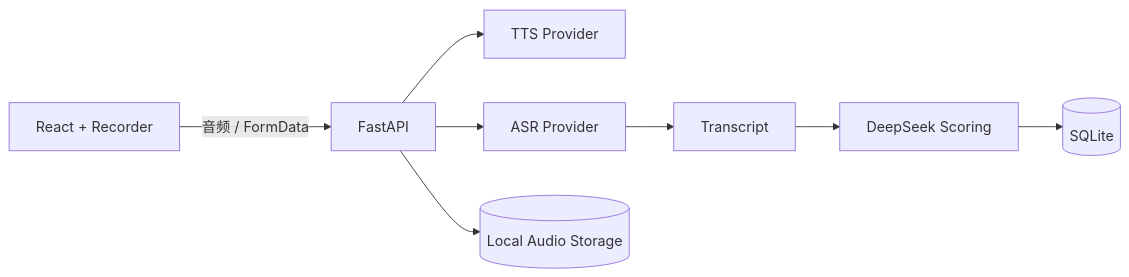
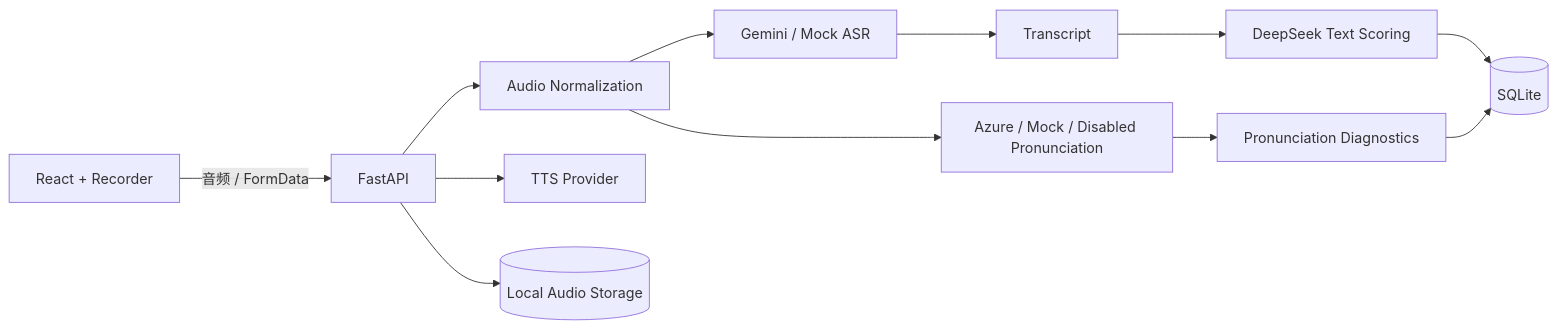
The diagram in README.md (yaxinch/ai-speaking-coach), drawn with Mermaid before and after one commit. The commit also changed other lines of this file and 10 other files, not shown here.

````diff
--- a/README.md
+++ b/README.md
@@ -61,10 +64,14 @@
 ```mermaid
 flowchart LR
   A[React + Recorder] -->|音频 / FormData| B[FastAPI]
-  B --> C[TTS Provider]
-  B --> D[ASR Provider]
-  D --> E[Transcript]
-  E --> F[DeepSeek Scoring]
-  F --> G[(SQLite)]
-  B --> H[(Local Audio Storage)]
+  B --> C[Audio Normalization]
+  C --> D[Gemini / Mock ASR]
+  C --> E[Azure / Mock / Disabled Pronunciation]
+  D --> F[Transcript]
+  F --> G[DeepSeek Text Scoring]
+  E --> H[Pronunciation Diagnostics]
+  G --> I[(SQLite)]
+  H --> I
+  B --> J[TTS Provider]
+  B --> K[(Local Audio Storage)]
 ```
````
